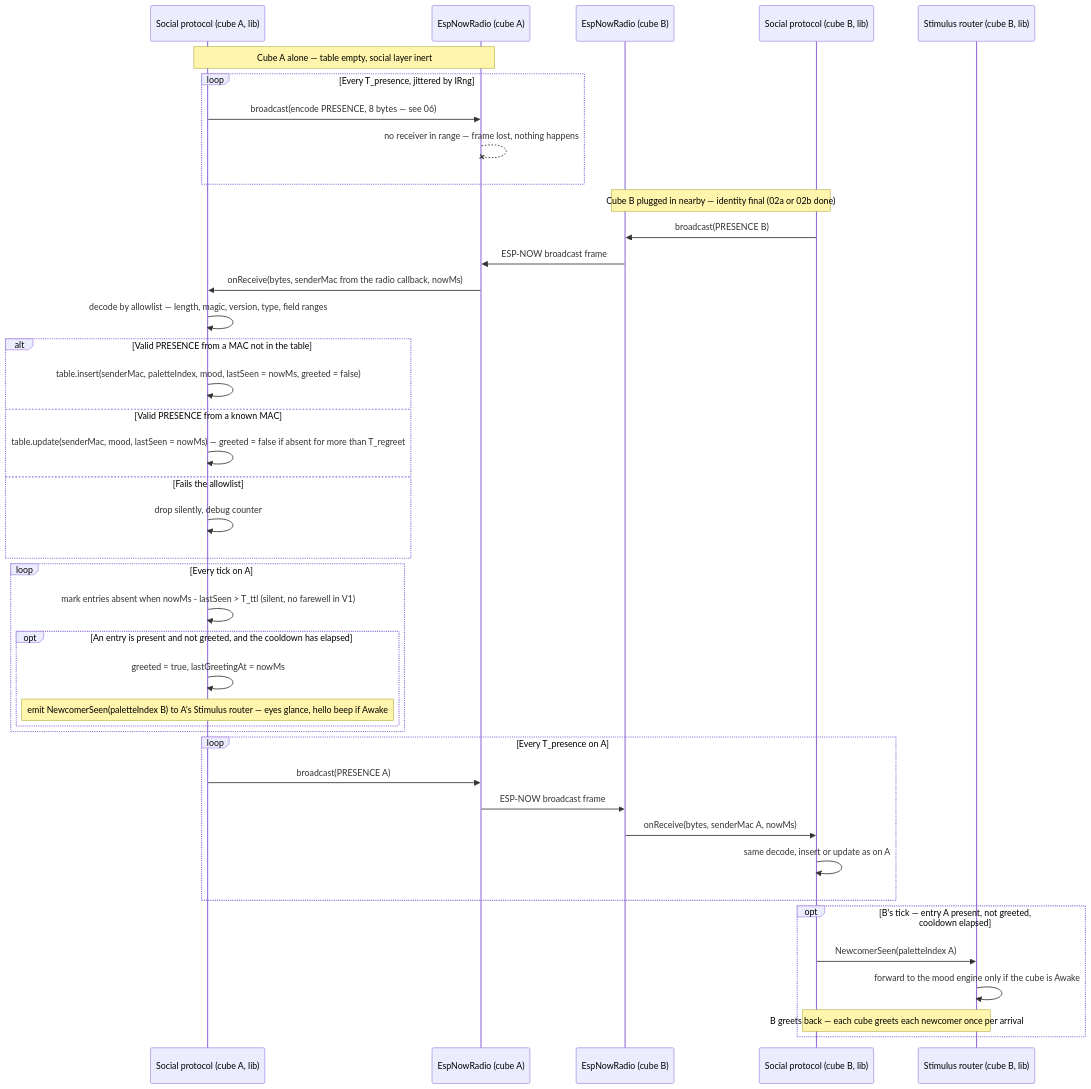
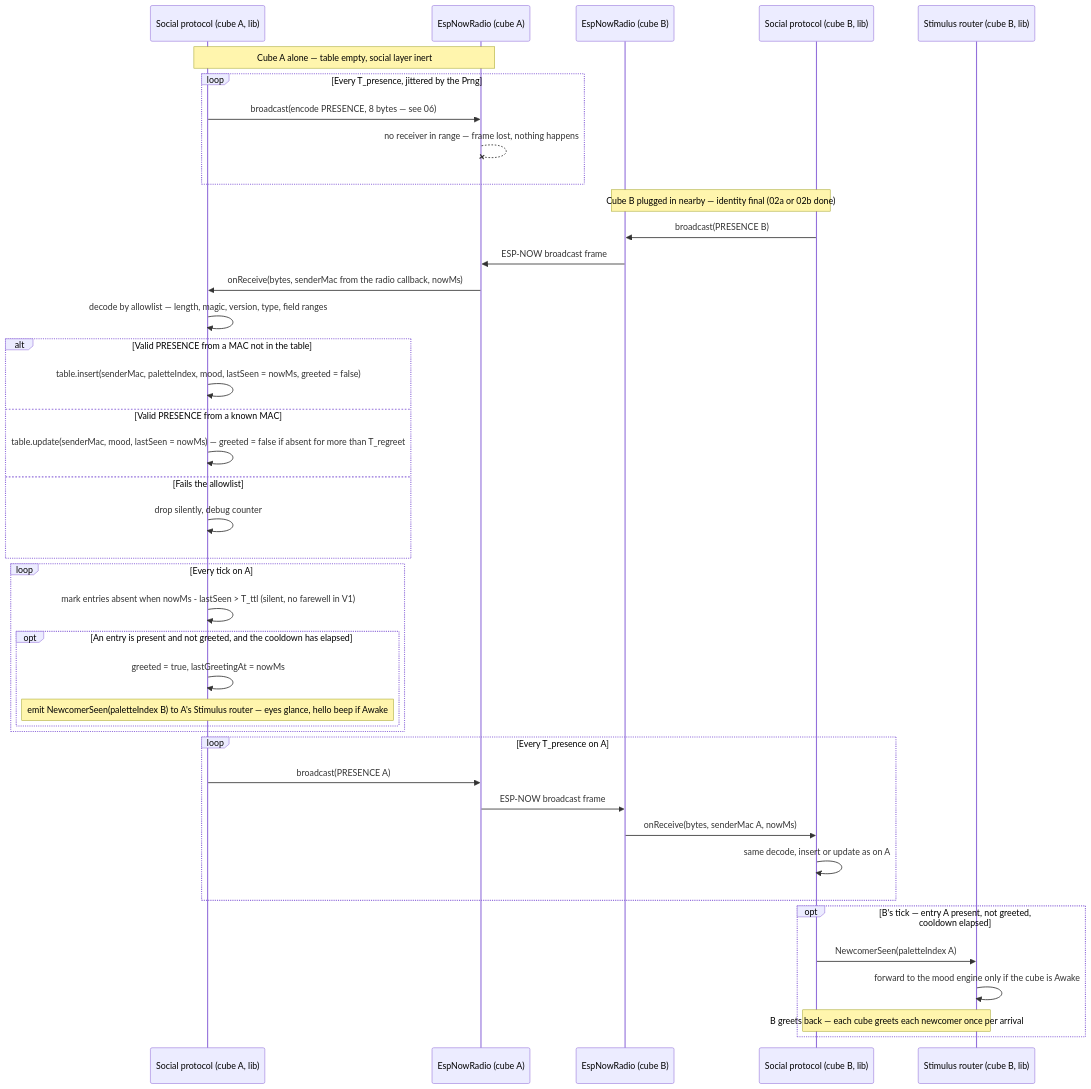
One commit to benoit-bremaud/cubbies changed the diagram in docs/architecture/diagrams/social-presence/02-sequence-presence.md. Above: the diagram before and after it, drawn with Mermaid. The commit also changed other lines of this file and 19 other files, not shown here.

First line of the commit message:
docs(architecture): pass the cube-core PDR (ADR-0013) (#8)

````diff
--- a/docs/architecture/diagrams/social-presence/02-sequence-presence.md
+++ b/docs/architecture/diagrams/social-presence/02-sequence-presence.md
@@ -19,47 +19,47 @@
 ```mermaid
 sequenceDiagram
   participant SA as Social protocol (cube A, lib)
   participant RA as EspNowRadio (cube A)
   participant RB as EspNowRadio (cube B)
   participant SB as Social protocol (cube B, lib)
   participant XB as Stimulus router (cube B, lib)
 
   Note over SA,RA: Cube A alone — table empty, social layer inert
-  loop Every T_presence, jittered by IRng
+  loop Every T_presence, jittered by the Prng
     SA->>RA: broadcast(encode PRESENCE, 8 bytes — see 06)
     RA--xRA: no receiver in range — frame lost, nothing happens
   end
 
   Note over RB,SB: Cube B plugged in nearby — identity final (02a or 02b done)
   SB->>RB: broadcast(PRESENCE B)
   RB->>RA: ESP-NOW broadcast frame
   RA->>SA: onReceive(bytes, senderMac from the radio callback, nowMs)
   SA->>SA: decode by allowlist — length, magic, version, type, field ranges
   alt Valid PRESENCE from a MAC not in the table
     SA->>SA: table.insert(senderMac, paletteIndex, mood, lastSeen = nowMs, greeted = false)
   else Valid PRESENCE from a known MAC
     SA->>SA: table.update(senderMac, mood, lastSeen = nowMs) — greeted = false if absent for more than T_regreet
   else Fails the allowlist
     SA->>SA: drop silently, debug counter
   end
 
   loop Every tick on A
     SA->>SA: mark entries absent when nowMs - lastSeen > T_ttl (silent, no farewell in V1)
     opt An entry is present and not greeted, and the cooldown has elapsed
       SA->>SA: greeted = true, lastGreetingAt = nowMs
       Note over SA: emit NewcomerSeen(paletteIndex B) to A's Stimulus router — eyes glance, hello beep if Awake
     end
   end
 
   loop Every T_presence on A
     SA->>RA: broadcast(PRESENCE A)
     RA->>RB: ESP-NOW broadcast frame
     RB->>SB: onReceive(bytes, senderMac A, nowMs)
     SB->>SB: same decode, insert or update as on A
   end
   opt B's tick — entry A present, not greeted, cooldown elapsed
     SB->>XB: NewcomerSeen(paletteIndex A)
     XB->>XB: forward to the mood engine only if the cube is Awake
     Note over SB,XB: B greets back — each cube greets each newcomer once per arrival
   end
 ```
````
